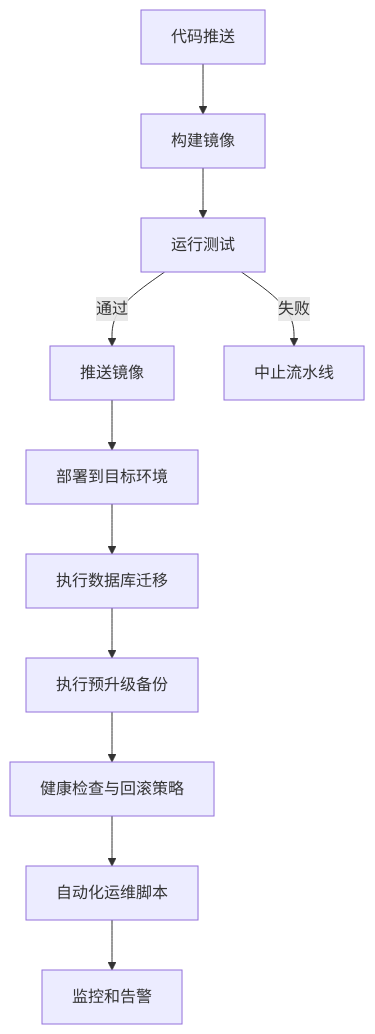
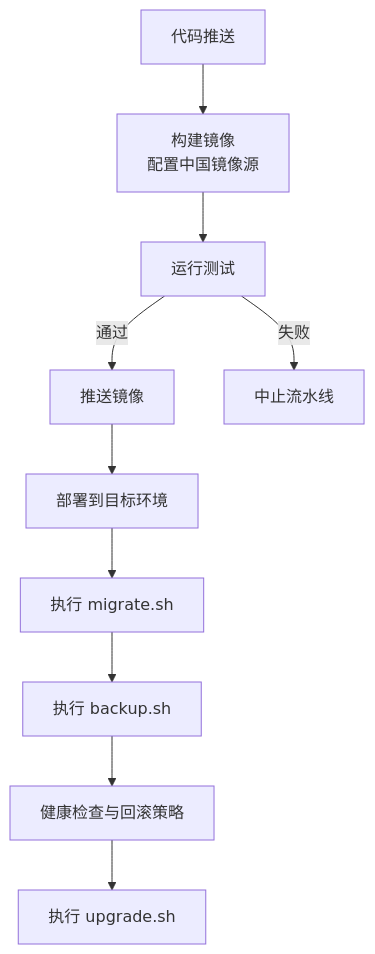
Before and after one commit to vu1Art1st/talos: the seventh of 9 diagrams in .qoder/repowiki/zh/content/部署配置/部署配置.md, drawn with Mermaid. The commit also changed other lines of this file and 132 other files, not shown here.

````diff
--- a/.qoder/repowiki/zh/content/部署配置/部署配置.md
+++ b/.qoder/repowiki/zh/content/部署配置/部署配置.md
@@ -420,13 +317,12 @@
 ```mermaid
 flowchart TD
-Push["代码推送"] --> Build["构建镜像"]
+Push["代码推送"] --> Build["构建镜像<br/>配置中国镜像源"]
 Build --> Test["运行测试"]
 Test --> |通过| Publish["推送镜像"]
 Test --> |失败| Abort["中止流水线"]
 Publish --> Deploy["部署到目标环境"]
-Deploy --> Migrate["执行数据库迁移"]
-Migrate --> Backup["执行预升级备份"]
+Deploy --> Migrate["执行 migrate.sh"]
+Migrate --> Backup["执行 backup.sh"]
 Backup --> Verify["健康检查与回滚策略"]
-Verify --> Ops["自动化运维脚本"]
-Ops --> Monitor["监控和告警"]
+Verify --> Upgrade["执行 upgrade.sh"]
 ```
````
